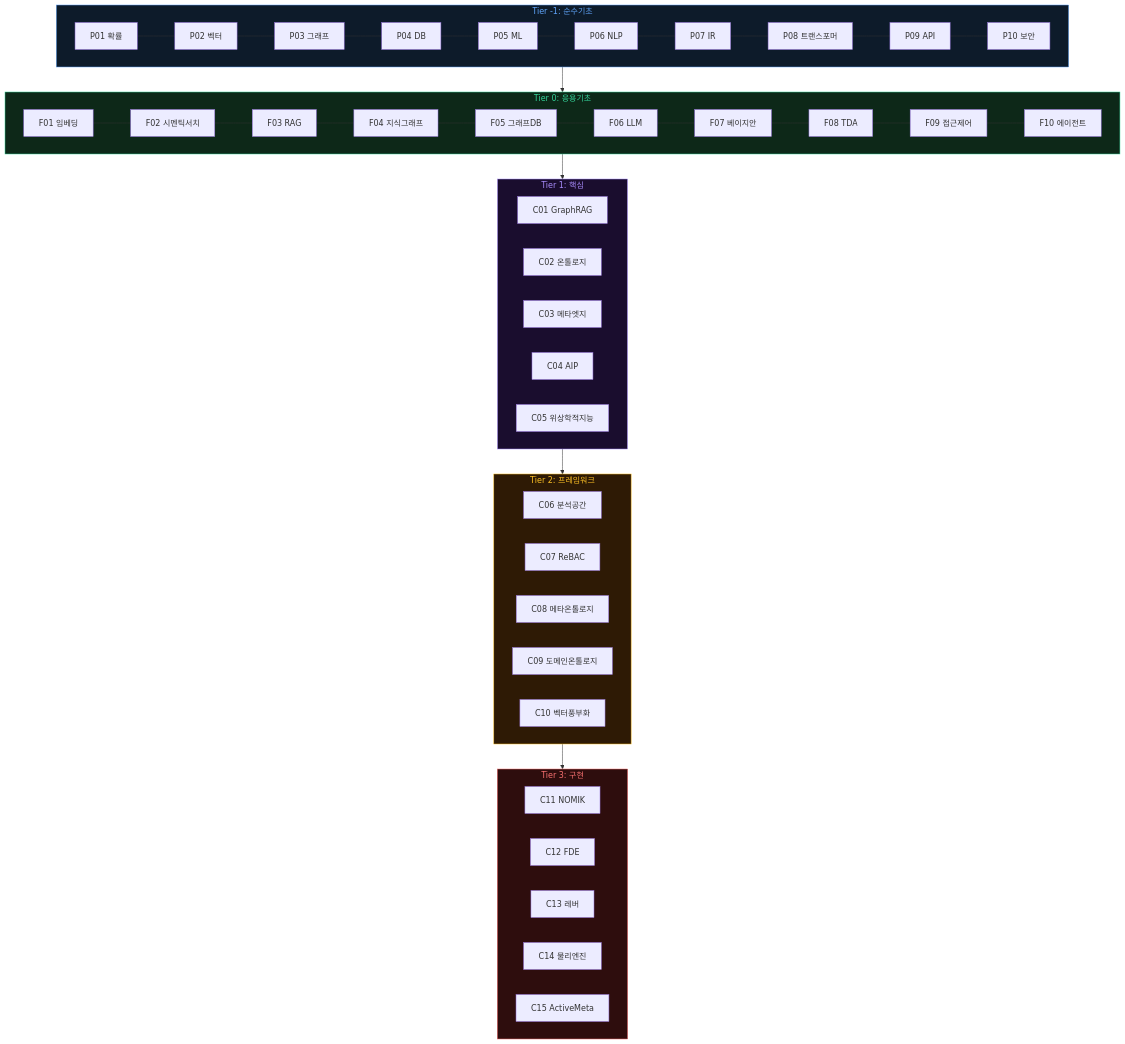
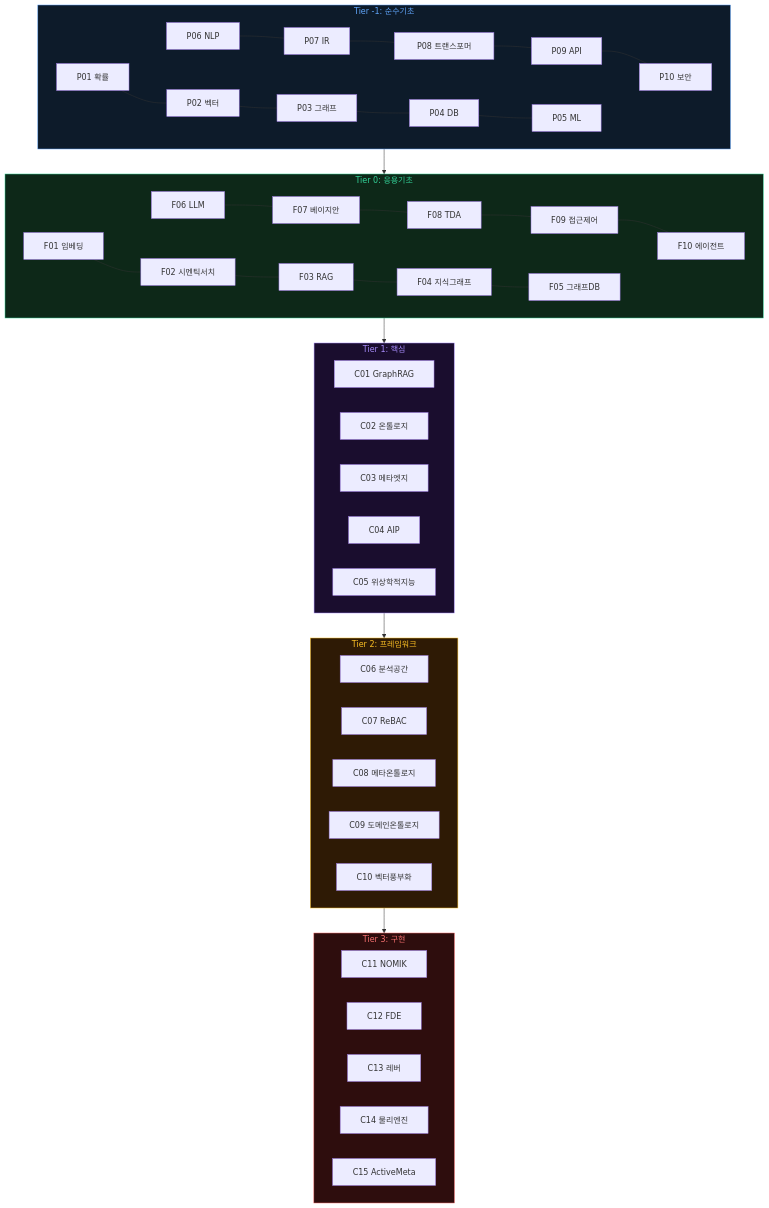
Before and after one commit to kinkos1234/sos: the diagram in site/roadmap.md, drawn with Mermaid. The commit also changed 9 other files, not shown here.

Commit message:
style: perfect mermaid edge labels, optimize typography, fix dark mode bugs

````diff
--- a/site/roadmap.md
+++ b/site/roadmap.md
@@ -21,61 +21,81 @@
 ```mermaid
 graph TD
-    subgraph T1["Tier -1: 순수기초"]
-        P01["P01 확률"] --- P02["P02 벡터"]
-        P02 --- P03["P03 그래프"]
-        P03 --- P04["P04 DB"]
-        P04 --- P05["P05 ML"]
-        P05 --- P06["P06 NLP"]
-        P06 --- P07["P07 IR"]
-        P07 --- P08["P08 트랜스포머"]
-        P08 --- P09["P09 API"]
-        P09 --- P10["P10 보안"]
+    subgraph T1["&nbsp;&nbsp;Tier -1: 순수기초&nbsp;&nbsp;"]
+        P01["&nbsp;&nbsp;P01 확률&nbsp;&nbsp;"]
+        P02["&nbsp;&nbsp;P02 벡터&nbsp;&nbsp;"]
+        P03["&nbsp;&nbsp;P03 그래프&nbsp;&nbsp;"]
+        P04["&nbsp;&nbsp;P04 DB&nbsp;&nbsp;"]
+        P05["&nbsp;&nbsp;P05 ML&nbsp;&nbsp;"]
+        P06["&nbsp;&nbsp;P06 NLP&nbsp;&nbsp;"]
+        P07["&nbsp;&nbsp;P07 IR&nbsp;&nbsp;"]
+        P08["&nbsp;&nbsp;&nbsp;P08 트랜스포머&nbsp;&nbsp;&nbsp;"]
+        P09["&nbsp;&nbsp;P09 API&nbsp;&nbsp;"]
+        P10["&nbsp;&nbsp;P10 보안&nbsp;&nbsp;"]
+
+        P01 --- P02 --- P03 --- P04 --- P05
+        P06 --- P07 --- P08 --- P09 --- P10
+        
+        P01 ~~~ P06
+        P02 ~~~ P07
+        P03 ~~~ P08
+        P04 ~~~ P09
+        P05 ~~~ P10
     end
 
-    subgraph T0["Tier 0: 응용기초"]
-        F01["F01 임베딩"] --- F02["F02 시멘틱서치"]
-        F02 --- F03["F03 RAG"]
-        F03 --- F04["F04 지식그래프"]
-        F04 --- F05["F05 그래프DB"]
-        F05 --- F06["F06 LLM"]
-        F06 --- F07["F07 베이지안"]
-        F07 --- F08["F08 TDA"]
-        F08 --- F09["F09 접근제어"]
-        F09 --- F10["F10 에이전트"]
+    subgraph T0["&nbsp;&nbsp;Tier 0: 응용기초&nbsp;&nbsp;"]
+        F01["&nbsp;&nbsp;F01 임베딩&nbsp;&nbsp;"]
+        F02["&nbsp;&nbsp;F02 시멘틱서치&nbsp;&nbsp;"]
+        F03["&nbsp;&nbsp;F03 RAG&nbsp;&nbsp;"]
+        F04["&nbsp;&nbsp;F04 지식그래프&nbsp;&nbsp;"]
+        F05["&nbsp;&nbsp;F05 그래프DB&nbsp;&nbsp;"]
+        F06["&nbsp;&nbsp;F06 LLM&nbsp;&nbsp;"]
+        F07["&nbsp;&nbsp;F07 베이지안&nbsp;&nbsp;"]
+        F08["&nbsp;&nbsp;F08 TDA&nbsp;&nbsp;"]
+        F09["&nbsp;&nbsp;F09 접근제어&nbsp;&nbsp;"]
+        F10["&nbsp;&nbsp;F10 에이전트&nbsp;&nbsp;"]
+
+        F01 --- F02 --- F03 --- F04 --- F05
+        F06 --- F07 --- F08 --- F09 --- F10
+        
+        F01 ~~~ F06
+        F02 ~~~ F07
+        F03 ~~~ F08
+        F04 ~~~ F09
+        F05 ~~~ F10
     end
 
-    subgraph TC["Tier 1: 핵심"]
-        C01["C01 GraphRAG"]
-        C02["C02 온톨로지"]
-        C03["C03 메타엣지"]
-        C04["C04 AIP"]
-        C05["C05 위상학적지능"]
+    subgraph TC["&nbsp;&nbsp;Tier 1: 핵심&nbsp;&nbsp;"]
+        C01["&nbsp;&nbsp;C01 GraphRAG&nbsp;&nbsp;"]
+        C02["&nbsp;&nbsp;C02 온톨로지&nbsp;&nbsp;"]
+        C03["&nbsp;&nbsp;C03 메타엣지&nbsp;&nbsp;"]
+        C04["&nbsp;&nbsp;C04 AIP&nbsp;&nbsp;"]
+        C05["&nbsp;&nbsp;C05 위상학적지능&nbsp;&nbsp;"]
     end
 
-    subgraph TF["Tier 2: 프레임워크"]
-        C06["C06 분석공간"]
-        C07["C07 ReBAC"]
-        C08["C08 메타온톨로지"]
-        C09["C09 도메인온톨로지"]
-        C10["C10 벡터풍부화"]
+    subgraph TF["&nbsp;&nbsp;Tier 2: 프레임워크&nbsp;&nbsp;"]
+        C06["&nbsp;&nbsp;C06 분석공간&nbsp;&nbsp;"]
+        C07["&nbsp;&nbsp;C07 ReBAC&nbsp;&nbsp;"]
+        C08["&nbsp;&nbsp;C08 메타온톨로지&nbsp;&nbsp;"]
+        C09["&nbsp;&nbsp;C09 도메인온톨로지&nbsp;&nbsp;"]
+        C10["&nbsp;&nbsp;C10 벡터풍부화&nbsp;&nbsp;"]
     end
 
-    subgraph TI["Tier 3: 구현"]
-        C11["C11 NOMIK"]
-        C12["C12 FDE"]
-        C13["C13 레버"]
-        C14["C14 물리엔진"]
-        C15["C15 ActiveMeta"]
+    subgraph TI["&nbsp;&nbsp;Tier 3: 구현&nbsp;&nbsp;"]
+        C11["&nbsp;&nbsp;C11 NOMIK&nbsp;&nbsp;"]
+        C12["&nbsp;&nbsp;C12 FDE&nbsp;&nbsp;"]
+        C13["&nbsp;&nbsp;C13 레버&nbsp;&nbsp;"]
+        C14["&nbsp;&nbsp;C14 물리엔진&nbsp;&nbsp;"]
+        C15["&nbsp;&nbsp;C15 ActiveMeta&nbsp;&nbsp;"]
     end
 
     T1 --> T0
     T0 --> TC
     TC --> TF
     TF --> TI
 
     style T1 fill:#0d1b2a,stroke:#60a5fa,color:#60a5fa
     style T0 fill:#0d2818,stroke:#34d399,color:#34d399
     style TC fill:#1a0d2e,stroke:#a78bfa,color:#a78bfa
     style TF fill:#2e1a05,stroke:#fbbf24,color:#fbbf24
     style TI fill:#2e0d0d,stroke:#f87171,color:#f87171
 ```
````
